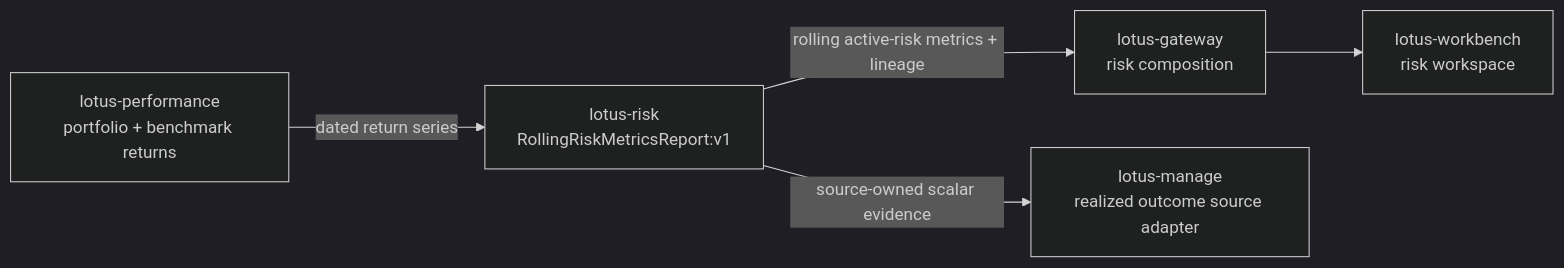
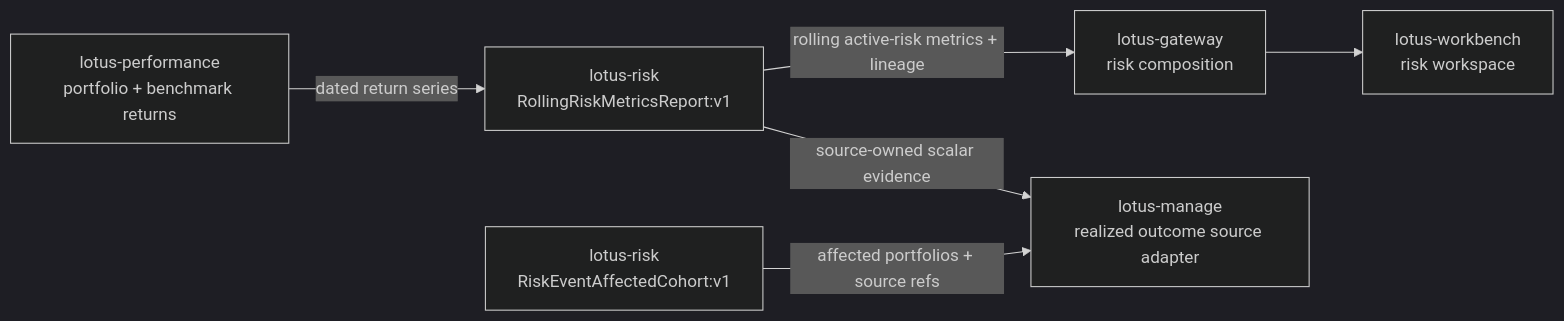
The diagram in wiki/Mesh-Data-Products.md (sgajbi/lotus-risk), drawn with Mermaid (dark theme) before and after one commit. The commit also changed other lines of this file and 17 other files, not shown here.

Commit message:
Add risk event affected cohort source product

````diff
--- a/wiki/Mesh-Data-Products.md
+++ b/wiki/Mesh-Data-Products.md
@@ -31,13 +33,15 @@
 ```mermaid
 flowchart LR
     PERF[lotus-performance<br/>portfolio + benchmark returns]
     RISK[lotus-risk<br/>RollingRiskMetricsReport:v1]
     GW[lotus-gateway<br/>risk composition]
     WB[lotus-workbench<br/>risk workspace]
     MANAGE[lotus-manage<br/>realized outcome source adapter]
+    COHORT[lotus-risk<br/>RiskEventAffectedCohort:v1]
 
     PERF -->|dated return series| RISK
     RISK -->|rolling active-risk metrics + lineage| GW
     GW --> WB
     RISK -->|source-owned scalar evidence| MANAGE
+    COHORT -->|affected portfolios + source refs| MANAGE
 ```
````
